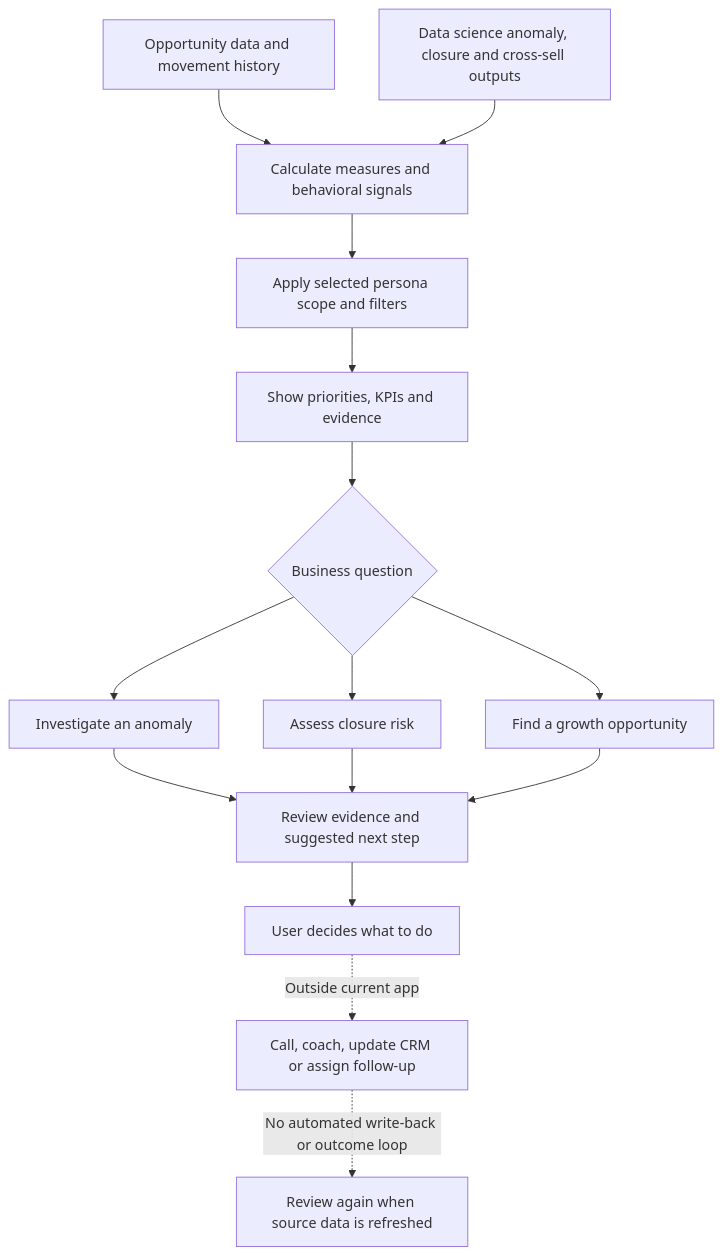
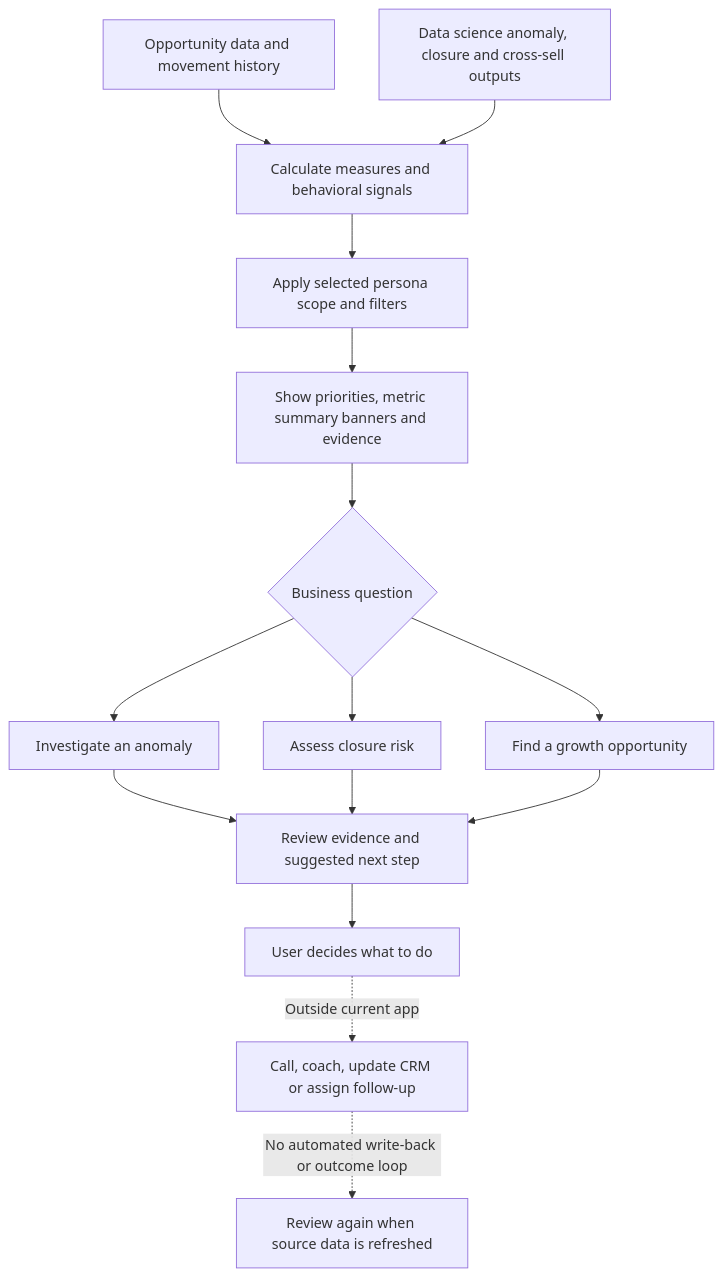
The first of 6 diagrams in Context/NTT_Command_Centre_Business_and_User_Flow.md (rp0023/ntt-command-centre), drawn with Mermaid before and after one commit. The commit also changed other lines of this file and 52 other files, not shown here.

````diff
--- a/Context/NTT_Command_Centre_Business_and_User_Flow.md
+++ b/Context/NTT_Command_Centre_Business_and_User_Flow.md
@@ -23,17 +23,17 @@
 ```mermaid
 flowchart TD
     A[Opportunity data and movement history] --> C[Calculate measures and behavioral signals]
     B[Data science anomaly, closure and cross-sell outputs] --> C
     C --> D[Apply selected persona scope and filters]
-    D --> E[Show priorities, KPIs and evidence]
+    D --> E[Show priorities, metric summary banners and evidence]
     E --> F{Business question}
     F --> G[Investigate an anomaly]
     F --> H[Assess closure risk]
     F --> I[Find a growth opportunity]
     G --> J[Review evidence and suggested next step]
     H --> J
     I --> J
     J --> K[User decides what to do]
     K -. Outside current app .-> L[Call, coach, update CRM or assign follow-up]
     L -. No automated write-back or outcome loop .-> M[Review again when source data is refreshed]
 ```
````
